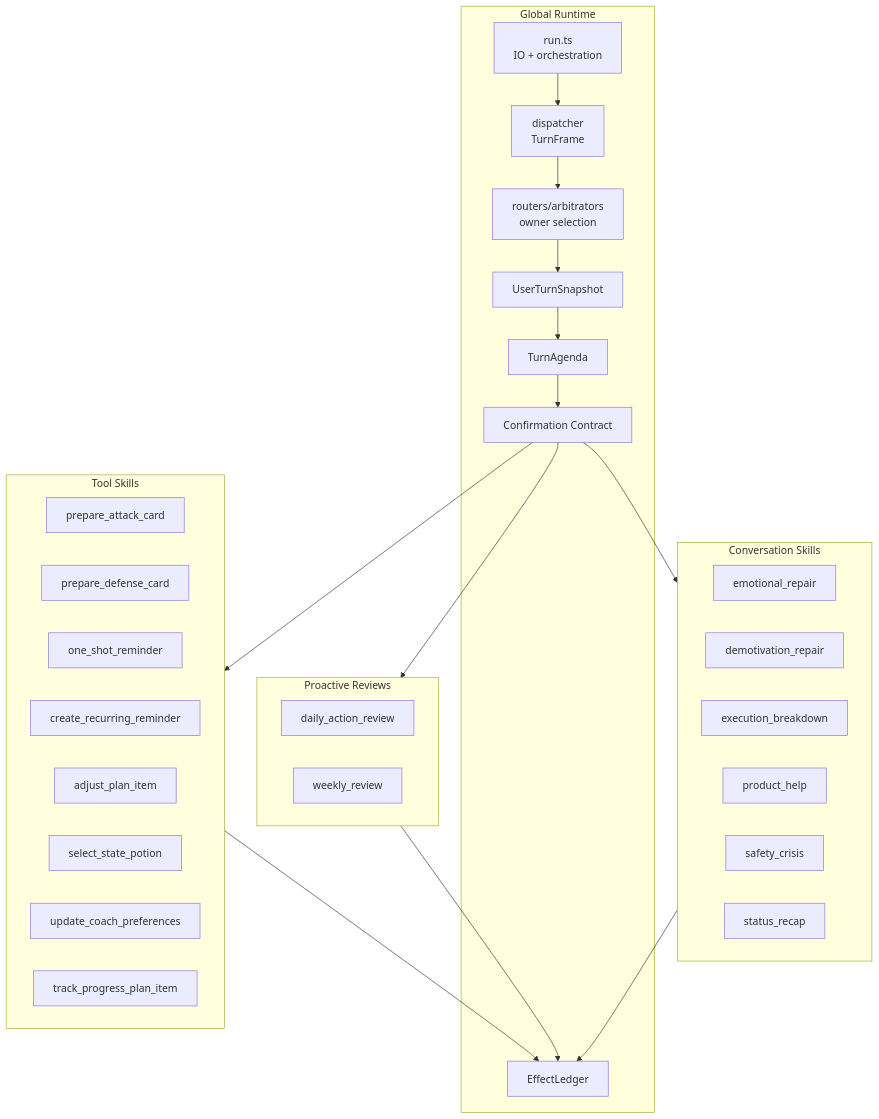
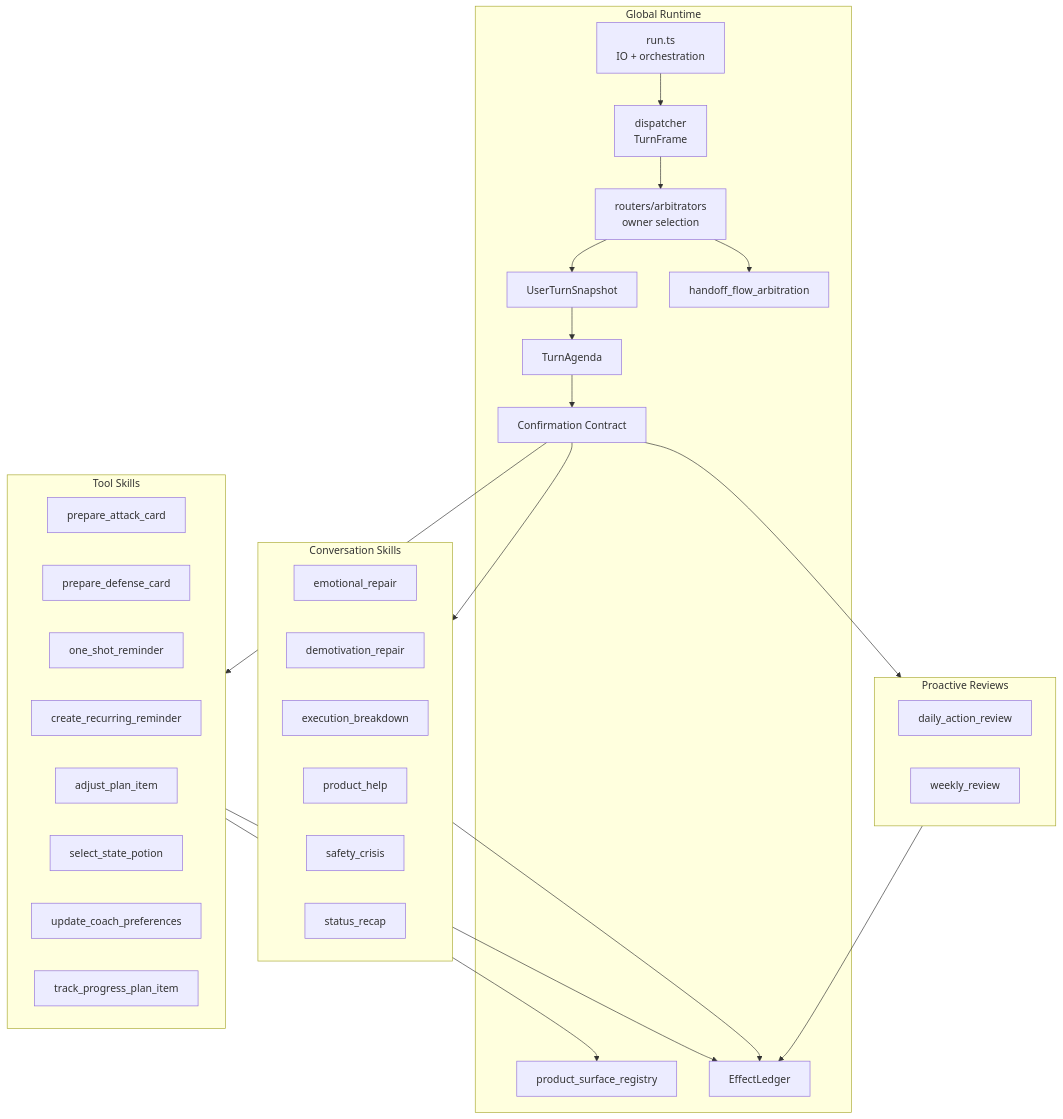
One commit to thomasgenty15-afk/Sophia changed the third of 8 diagrams in docs/agent-playbook/New/runtime-contracts/06-sophia-brain-runtime-diagram.md. Above: the diagram before and after it, drawn with Mermaid. The commit also changed other lines of this file and 2365 other files, not shown here.

````diff
--- a/docs/agent-playbook/New/runtime-contracts/06-sophia-brain-runtime-diagram.md
+++ b/docs/agent-playbook/New/runtime-contracts/06-sophia-brain-runtime-diagram.md
@@ -77,45 +87,49 @@
 ```mermaid
 flowchart TB
   subgraph Global["Global Runtime"]
     RUN["run.ts\nIO + orchestration"]
     DISP["dispatcher\nTurnFrame"]
     ROUTE["routers/arbitrators\nowner selection"]
     SNAP["UserTurnSnapshot"]
     AGENDA["TurnAgenda"]
     CONF["Confirmation Contract"]
     LEDGER["EffectLedger"]
+    HARB["handoff_flow_arbitration"]
+    SURF["product_surface_registry"]
   end
 
   subgraph Tools["Tool Skills"]
     ATTACK["prepare_attack_card"]
     DEFENSE["prepare_defense_card"]
     ONE["one_shot_reminder"]
     REC["create_recurring_reminder"]
     PLAN["adjust_plan_item"]
     POTION["select_state_potion"]
     PREF["update_coach_preferences"]
     PROG["track_progress_plan_item"]
   end
 
   subgraph Conversation["Conversation Skills"]
     EMO["emotional_repair"]
     DEMO["demotivation_repair"]
     EXECB["execution_breakdown"]
     HELP["product_help"]
     SAFETY["safety_crisis"]
     STATUS["status_recap"]
   end
 
   subgraph Proactive["Proactive Reviews"]
     DAILY["daily_action_review"]
     WEEKLY["weekly_review"]
   end
 
   RUN --> DISP --> ROUTE --> SNAP --> AGENDA --> CONF
+  ROUTE --> HARB
   CONF --> Tools
   CONF --> Conversation
   CONF --> Proactive
+  Tools --> SURF
   Tools --> LEDGER
   Proactive --> LEDGER
   Conversation --> LEDGER
 ```
````
